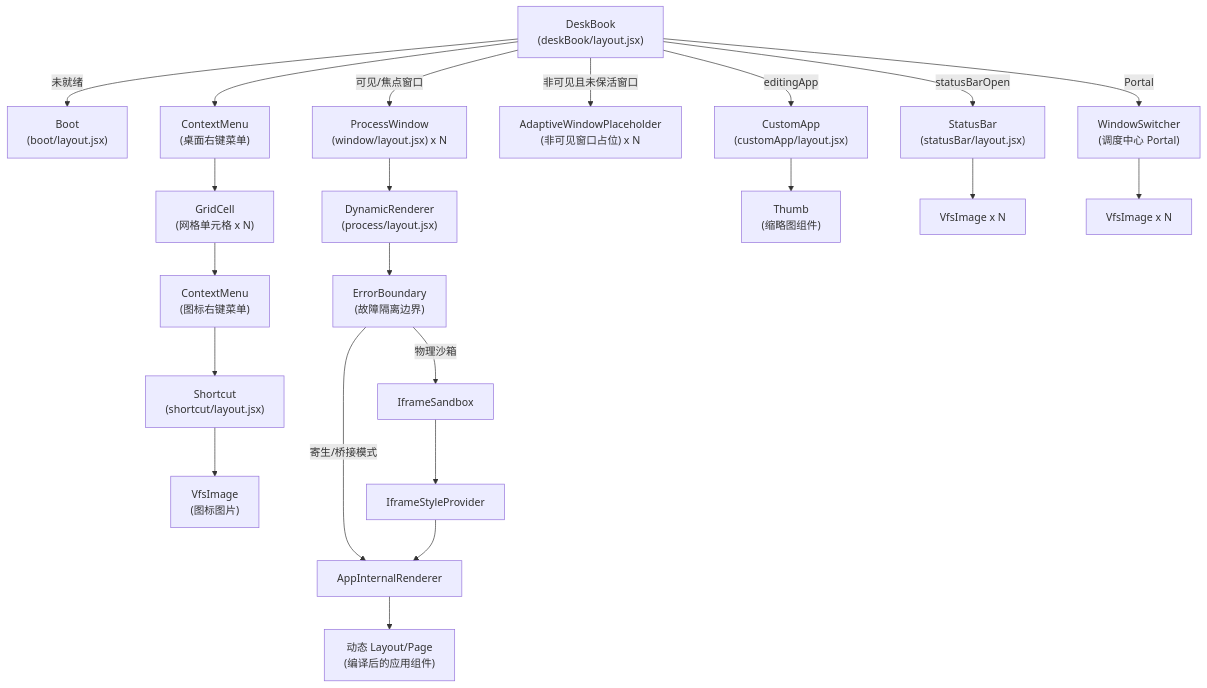
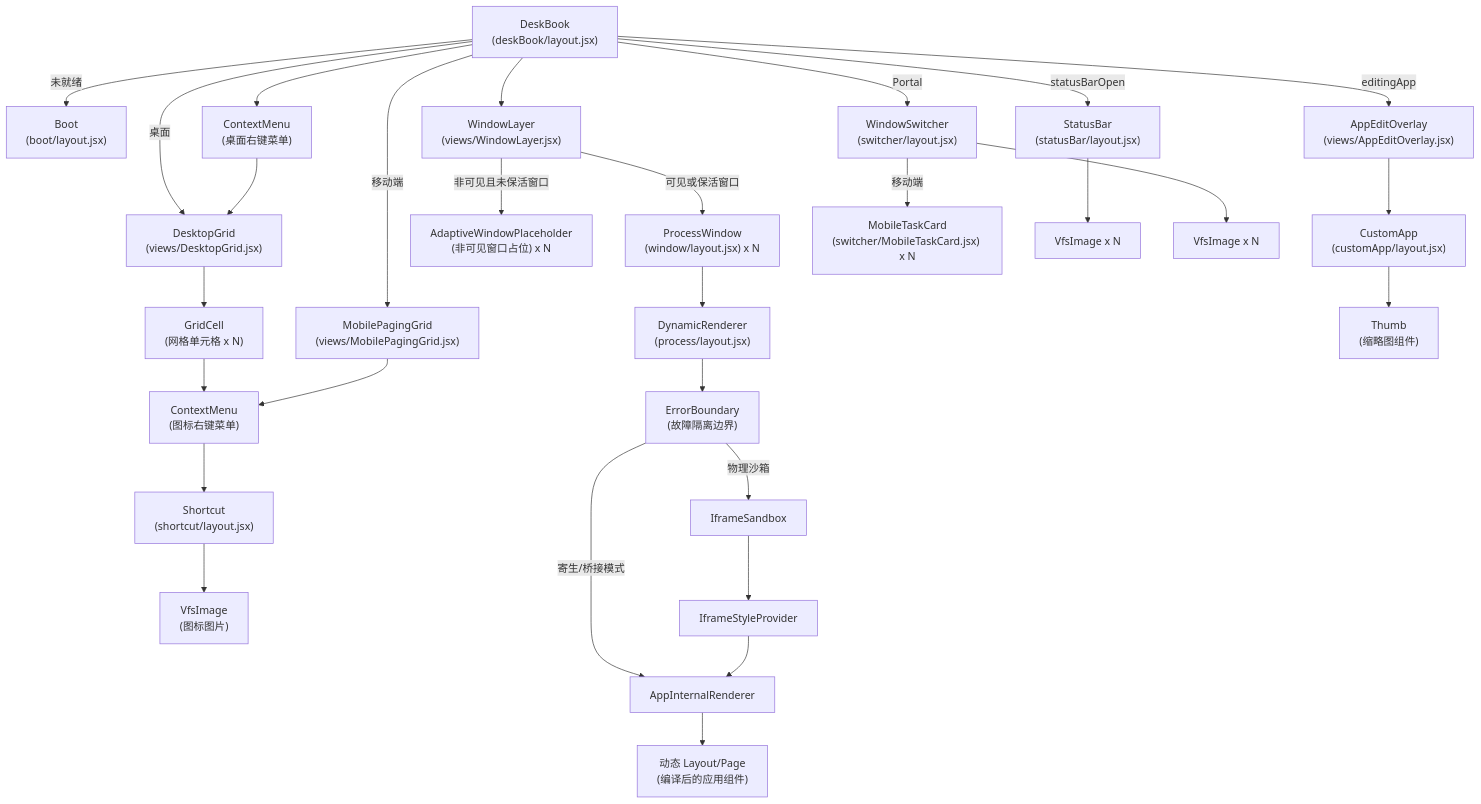
The first of 2 diagrams in docs/module/02-deskbook.md (suluwanqing/sukinOS), drawn with Mermaid before and after one commit. The commit also changed other lines of this file and 175 other files, not shown here.

````diff
--- a/docs/module/02-deskbook.md
+++ b/docs/module/02-deskbook.md
@@ -42,42 +55,54 @@
 ```mermaid
 graph TD
     DeskBook["DeskBook<br/>(deskBook/layout.jsx)"]
     Boot["Boot<br/>(boot/layout.jsx)"]
+    DesktopGrid["DesktopGrid<br/>(views/DesktopGrid.jsx)"]
+    MobileGrid["MobilePagingGrid<br/>(views/MobilePagingGrid.jsx)"]
+    WindowLayer["WindowLayer<br/>(views/WindowLayer.jsx)"]
+    EditOverlay["AppEditOverlay<br/>(views/AppEditOverlay.jsx)"]
     CM_Desktop["ContextMenu<br/>(桌面右键菜单)"]
     GridCell["GridCell<br/>(网格单元格 x N)"]
     CM_Shortcut["ContextMenu<br/>(图标右键菜单)"]
     Shortcut["Shortcut<br/>(shortcut/layout.jsx)"]
     VfsImage_S["VfsImage<br/>(图标图片)"]
     ProcessWindow["ProcessWindow<br/>(window/layout.jsx) x N"]
     AdaptivePH["AdaptiveWindowPlaceholder<br/>(非可见窗口占位) x N"]
     CustomApp["CustomApp<br/>(customApp/layout.jsx)"]
-    Switcher["WindowSwitcher<br/>(调度中心 Portal)"]
+    Switcher["WindowSwitcher<br/>(switcher/layout.jsx)"]
+    MobileCard["MobileTaskCard<br/>(switcher/MobileTaskCard.jsx) x N"]
     StatusBar["StatusBar<br/>(statusBar/layout.jsx)"]
 
     DeskBook -->|"未就绪"| Boot
+    DeskBook -->|"桌面"| DesktopGrid
+    DeskBook -->|"移动端"| MobileGrid
     DeskBook --> CM_Desktop
-    CM_Desktop --> GridCell
+    CM_Desktop --> DesktopGrid
+    DesktopGrid --> GridCell
     GridCell --> CM_Shortcut
+    MobileGrid --> CM_Shortcut
     CM_Shortcut --> Shortcut
     Shortcut --> VfsImage_S
 
-    DeskBook -->|"可见/焦点窗口"| ProcessWindow
-    DeskBook -->|"非可见且未保活窗口"| AdaptivePH
+    DeskBook --> WindowLayer
+    WindowLayer -->|"可见或保活窗口"| ProcessWindow
+    WindowLayer -->|"非可见且未保活窗口"| AdaptivePH
 
-    DeskBook -->|"editingApp"| CustomApp
+    DeskBook -->|"editingApp"| EditOverlay
+    EditOverlay --> CustomApp
     DeskBook -->|"Portal"| Switcher
     DeskBook -->|"statusBarOpen"| StatusBar
 
     ProcessWindow --> DynamicRenderer["DynamicRenderer<br/>(process/layout.jsx)"]
     DynamicRenderer --> ErrorBoundary["ErrorBoundary<br/>(故障隔离边界)"]
     ErrorBoundary -->|"寄生/桥接模式"| AppRenderer["AppInternalRenderer"]
     ErrorBoundary -->|"物理沙箱"| IframeSandbox["IframeSandbox"]
     IframeSandbox --> IframeStyleProvider["IframeStyleProvider"]
     IframeStyleProvider --> AppRenderer
     AppRenderer --> LayoutComponent["动态 Layout/Page<br/>(编译后的应用组件)"]
 
     CustomApp --> Thumb["Thumb<br/>(缩略图组件)"]
 
     StatusBar --> VfsImage_SB["VfsImage x N"]
     Switcher --> VfsImage_SW["VfsImage x N"]
+    Switcher -->|"移动端"| MobileCard
 ```
````
